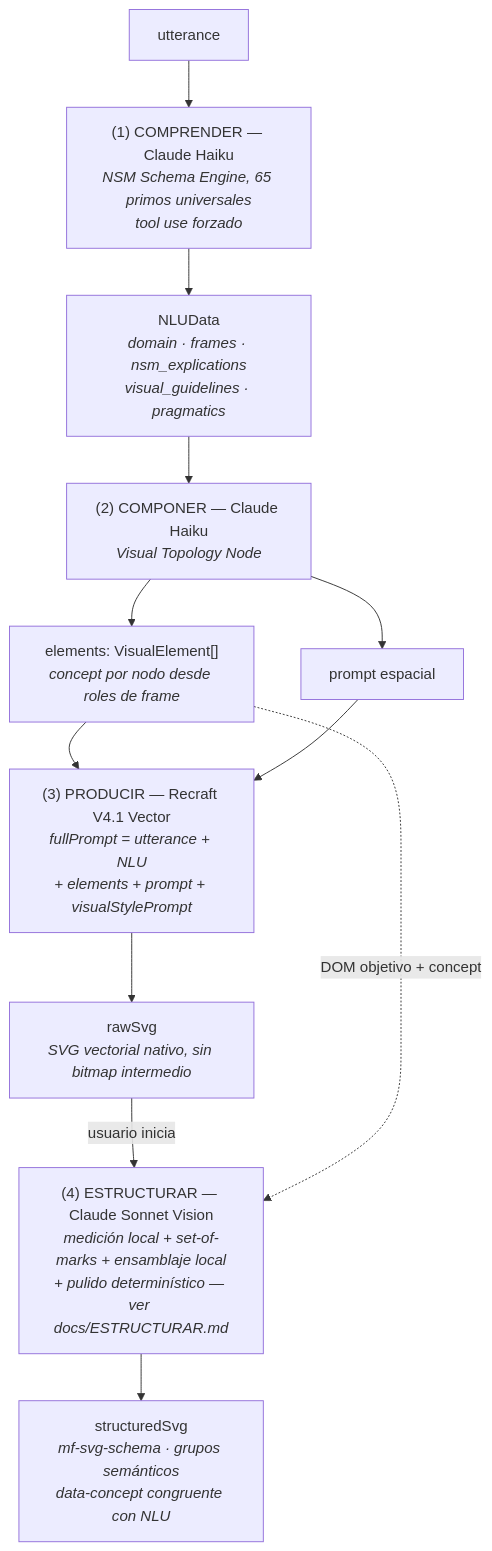
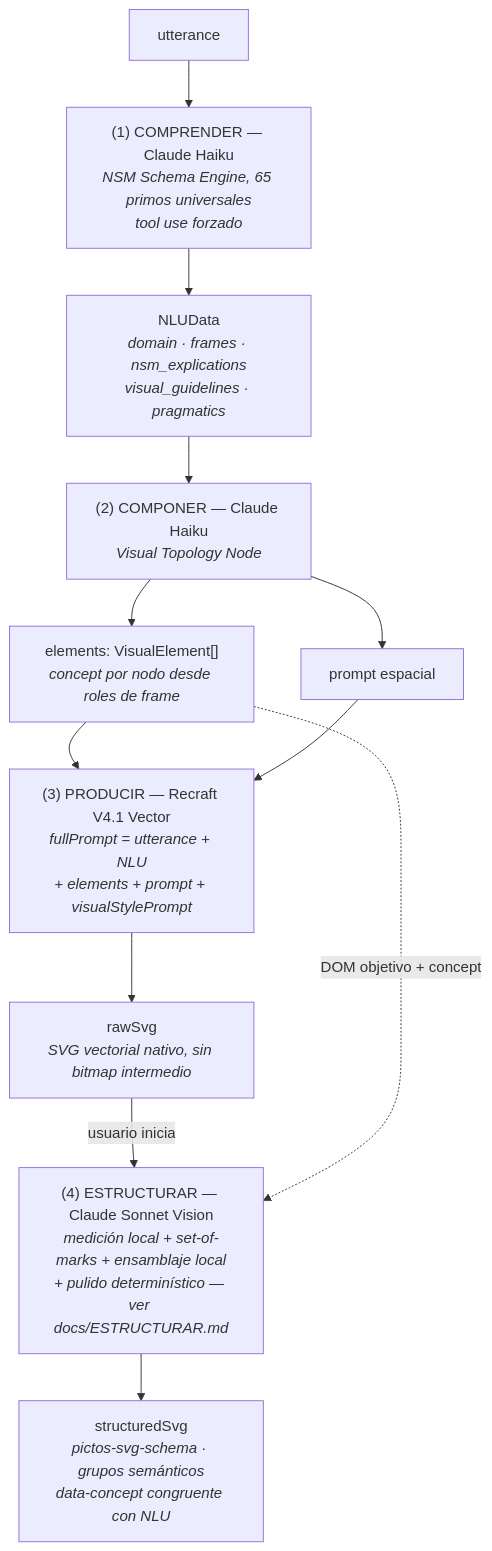
Before and after one commit to hspencer/pictos-net: the diagram in docs/ARCHITECTURE.md, drawn with Mermaid. The commit also changed other lines of this file and 148 other files, not shown here.

First line of the commit message:
refactor(schemas): rename products to pictos-* and the system to PICTOS

````diff
--- a/docs/ARCHITECTURE.md
+++ b/docs/ARCHITECTURE.md
@@ -137,19 +137,19 @@
 ```mermaid
 flowchart TD
     UTT["utterance"] --> F1
 
     F1["(1) COMPRENDER — Claude Haiku<br><i>NSM Schema Engine, 65 primos universales<br>tool use forzado</i>"]
     F1 --> NLU["NLUData<br><i>domain · frames · nsm_explications<br>visual_guidelines · pragmatics</i>"]
 
     NLU --> F2["(2) COMPONER — Claude Haiku<br><i>Visual Topology Node</i>"]
     F2 --> ELEM["elements: VisualElement[]<br><i>concept por nodo desde roles de frame</i>"]
     F2 --> PROMPT["prompt espacial"]
 
     ELEM --> F3["(3) PRODUCIR — Recraft V4.1 Vector<br><i>fullPrompt = utterance + NLU<br>+ elements + prompt + visualStylePrompt</i>"]
     PROMPT --> F3
     F3 --> RAW["rawSvg<br><i>SVG vectorial nativo, sin bitmap intermedio</i>"]
 
     RAW -->|usuario inicia| F4["(4) ESTRUCTURAR — Claude Sonnet Vision<br><i>medición local + set-of-marks + ensamblaje local<br>+ pulido determinístico — ver docs/ESTRUCTURAR.md</i>"]
     ELEM -.->|"DOM objetivo + concept"| F4
-    F4 --> STRUCT["structuredSvg<br><i>mf-svg-schema · grupos semánticos<br>data-concept congruente con NLU</i>"]
+    F4 --> STRUCT["structuredSvg<br><i>pictos-svg-schema · grupos semánticos<br>data-concept congruente con NLU</i>"]
 ```
````
